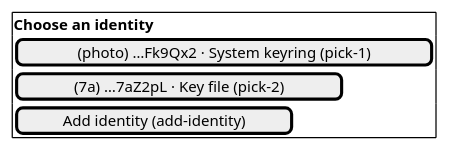
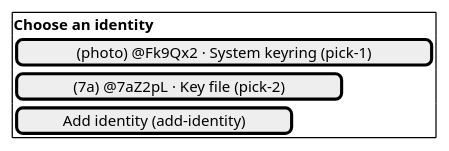
Before and after one commit to abbat/dyapp: the third of 15 diagrams in docs/design/desktop-screens.md, drawn with PlantUML. The commit also changed other lines of this file and 2 other files, not shown here.

````diff
--- a/docs/design/desktop-screens.md
+++ b/docs/design/desktop-screens.md
@@ -57,10 +57,10 @@
 ```plantuml
 @startsalt
 {+
 <b>Choose an identity
-[(photo) …Fk9Qx2 · System keyring (pick-1)]
-[(7a) …7aZ2pL · Key file (pick-2)]
+[(photo) @Fk9Qx2 · System keyring (pick-1)]
+[(7a) @7aZ2pL · Key file (pick-2)]
 [Add identity (add-identity)]
 }
 @endsalt
 ```
````
